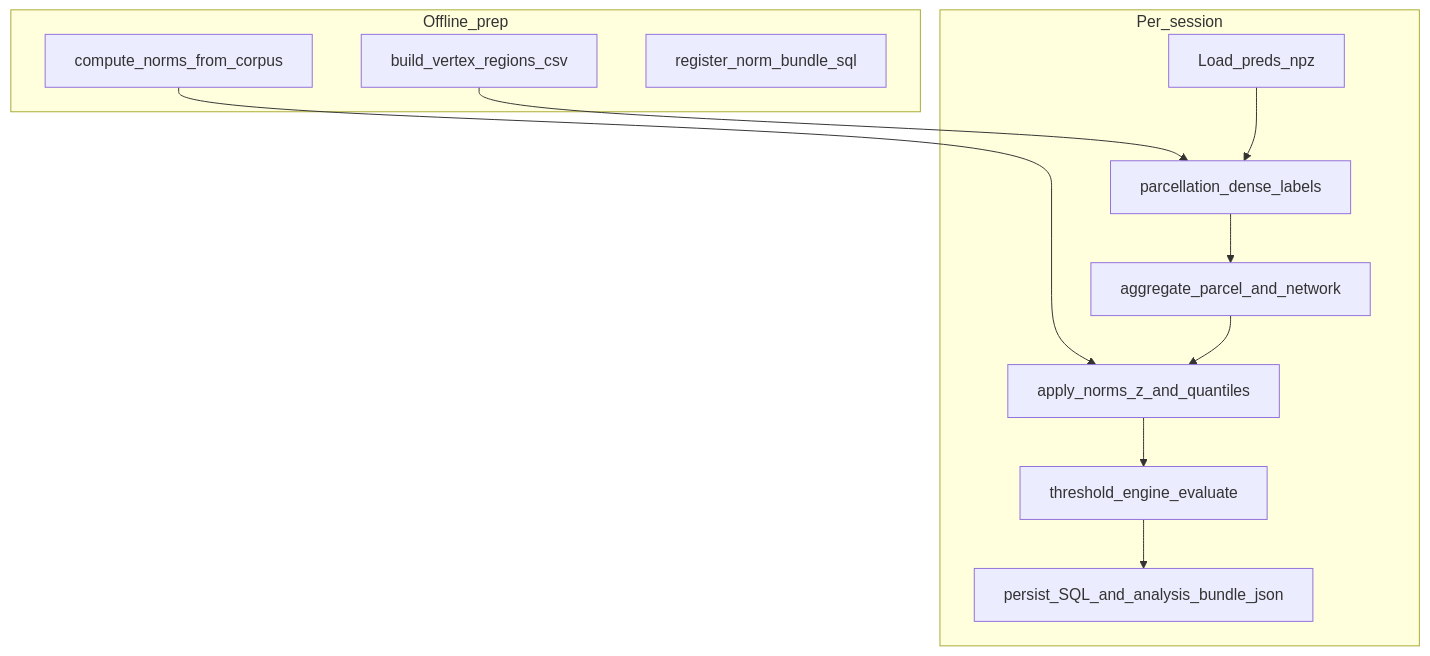
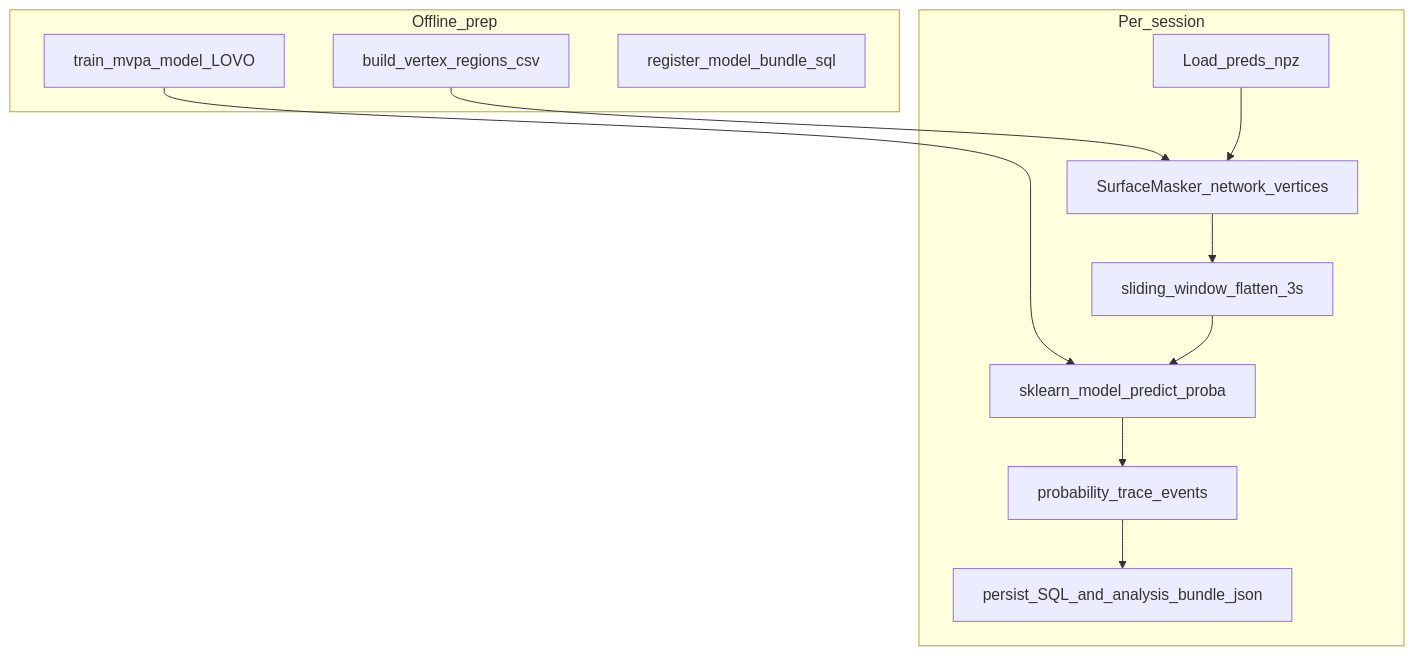
Before and after one commit to hnaracodes/Salience: the diagram in microplan.md, drawn with Mermaid. The commit also changed other lines of this file and 4 other files, not shown here.

````diff
--- a/microplan.md
+++ b/microplan.md
@@ -157,19 +153,19 @@
 ```mermaid
 flowchart TD
   subgraph offline [Offline_prep]
     A1[build_vertex_regions_csv]
-    A2[compute_norms_from_corpus]
-    A3[register_norm_bundle_sql]
+    A2[train_mvpa_model_LOVO]
+    A3[register_model_bundle_sql]
   end
   subgraph per_session [Per_session]
     B1[Load_preds_npz]
-    B2[parcellation_dense_labels]
-    B3[aggregate_parcel_and_network]
-    B4[apply_norms_z_and_quantiles]
-    B5[threshold_engine_evaluate]
+    B2[SurfaceMasker_network_vertices]
+    B3[sliding_window_flatten_3s]
+    B4[sklearn_model_predict_proba]
+    B5[probability_trace_events]
     B6[persist_SQL_and_analysis_bundle_json]
   end
   A1 --> B2
   A2 --> B4
   B1 --> B2 --> B3 --> B4 --> B5 --> B6
 ```
````
